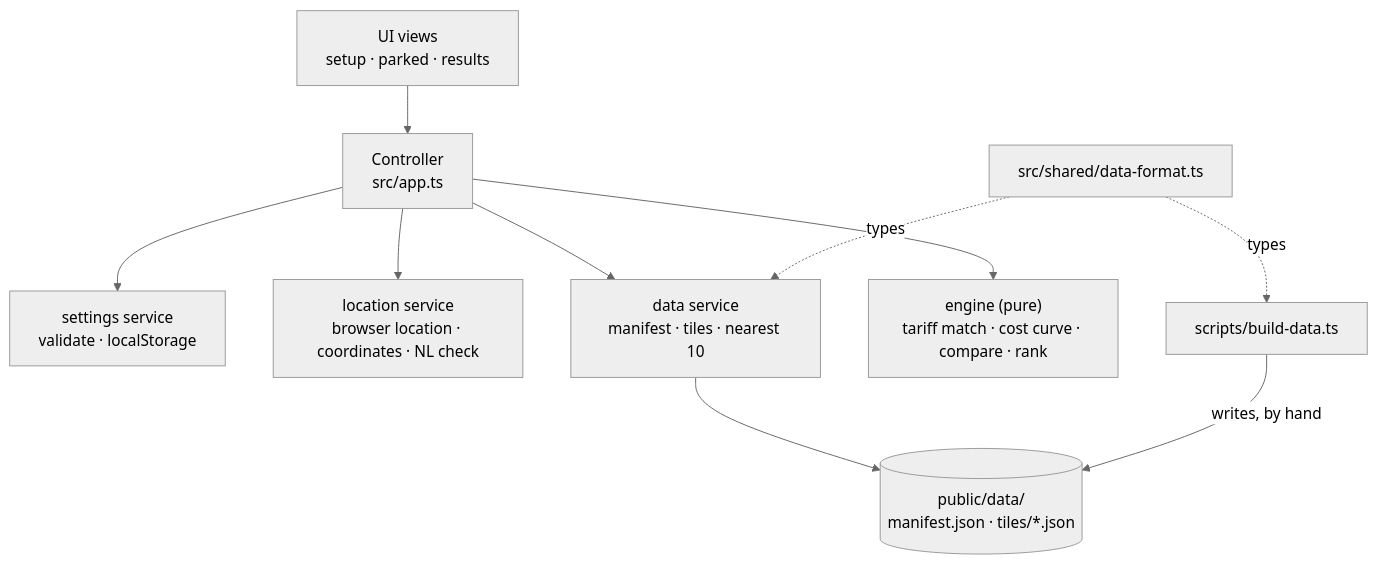
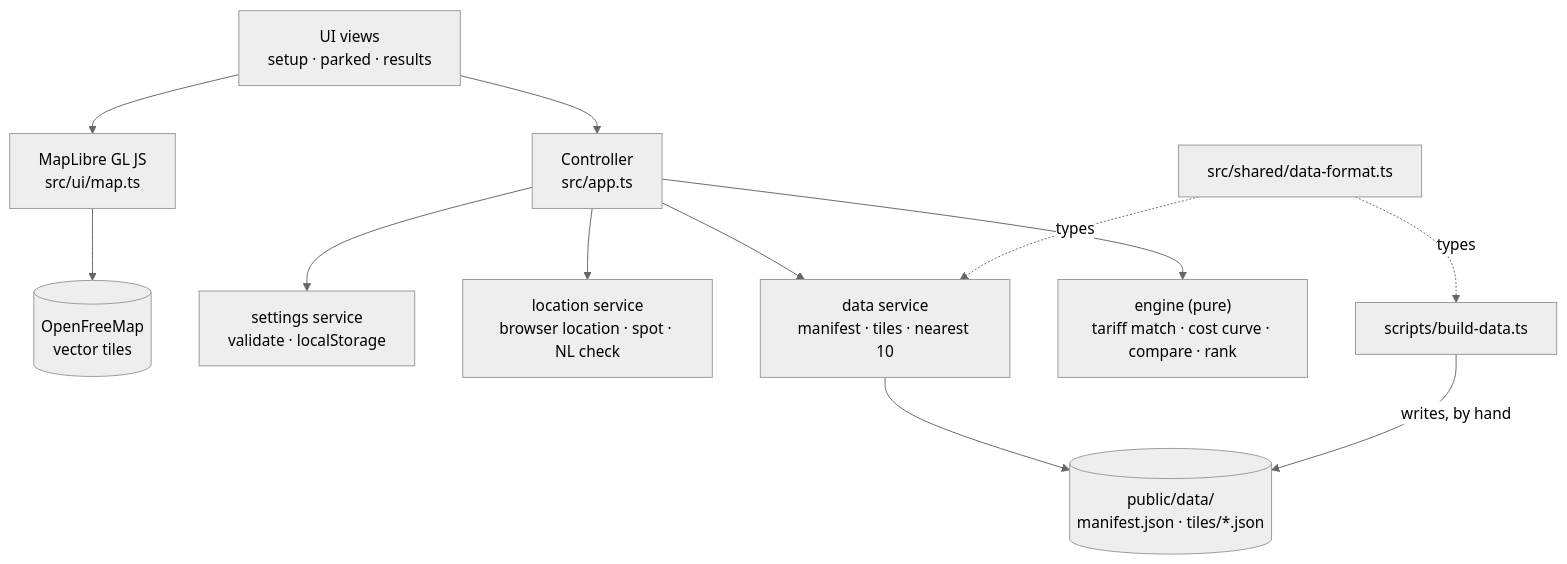
Before and after one commit to christianrexwinkel-tomtom/plug-or-not: the second of 2 diagrams in docs/agentic/2026-10-09-plug-or-not/solution-design.md, drawn with Mermaid (neutral theme). The commit also changed other lines of this file and 2 other files, not shown here.

````diff
--- a/docs/agentic/2026-10-09-plug-or-not/solution-design.md
+++ b/docs/agentic/2026-10-09-plug-or-not/solution-design.md
@@ -130,12 +136,14 @@
 ```mermaid
 flowchart TD
   ui["UI views<br/>setup · parked · results"] --> app["Controller<br/>src/app.ts"]
+  ui --> maplib["MapLibre GL JS<br/>src/ui/map.ts"]
+  maplib --> ofm[("OpenFreeMap<br/>vector tiles")]
   app --> settings["settings service<br/>validate · localStorage"]
-  app --> loc["location service<br/>browser location · coordinates · NL check"]
+  app --> loc["location service<br/>browser location · spot · NL check"]
   app --> data["data service<br/>manifest · tiles · nearest 10"]
   app --> engine["engine (pure)<br/>tariff match · cost curve · compare · rank"]
   data --> tiles[("public/data/<br/>manifest.json · tiles/*.json")]
   script["scripts/build-data.ts"] -->|"writes, by hand"| tiles
   shared["src/shared/data-format.ts"] -.->|"types"| script
   shared -.->|"types"| data
 ```
````
